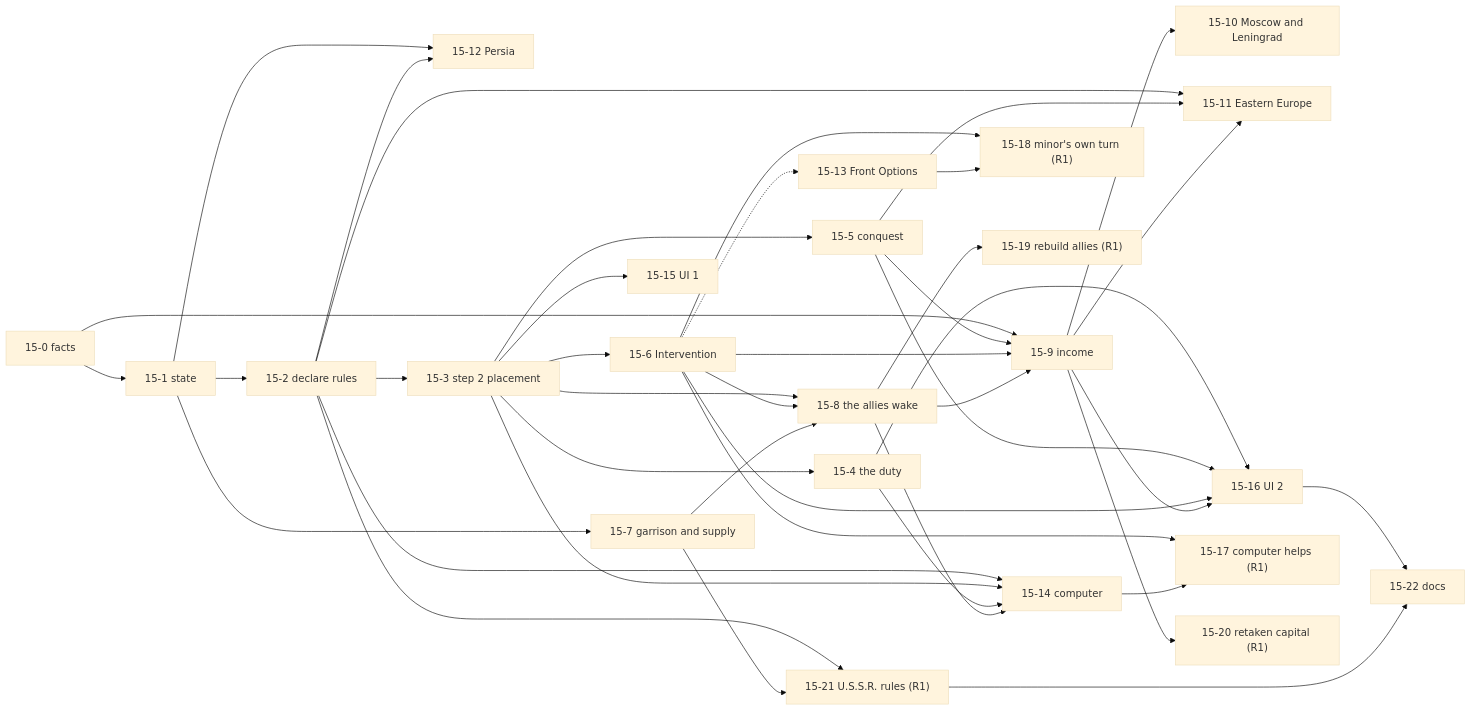
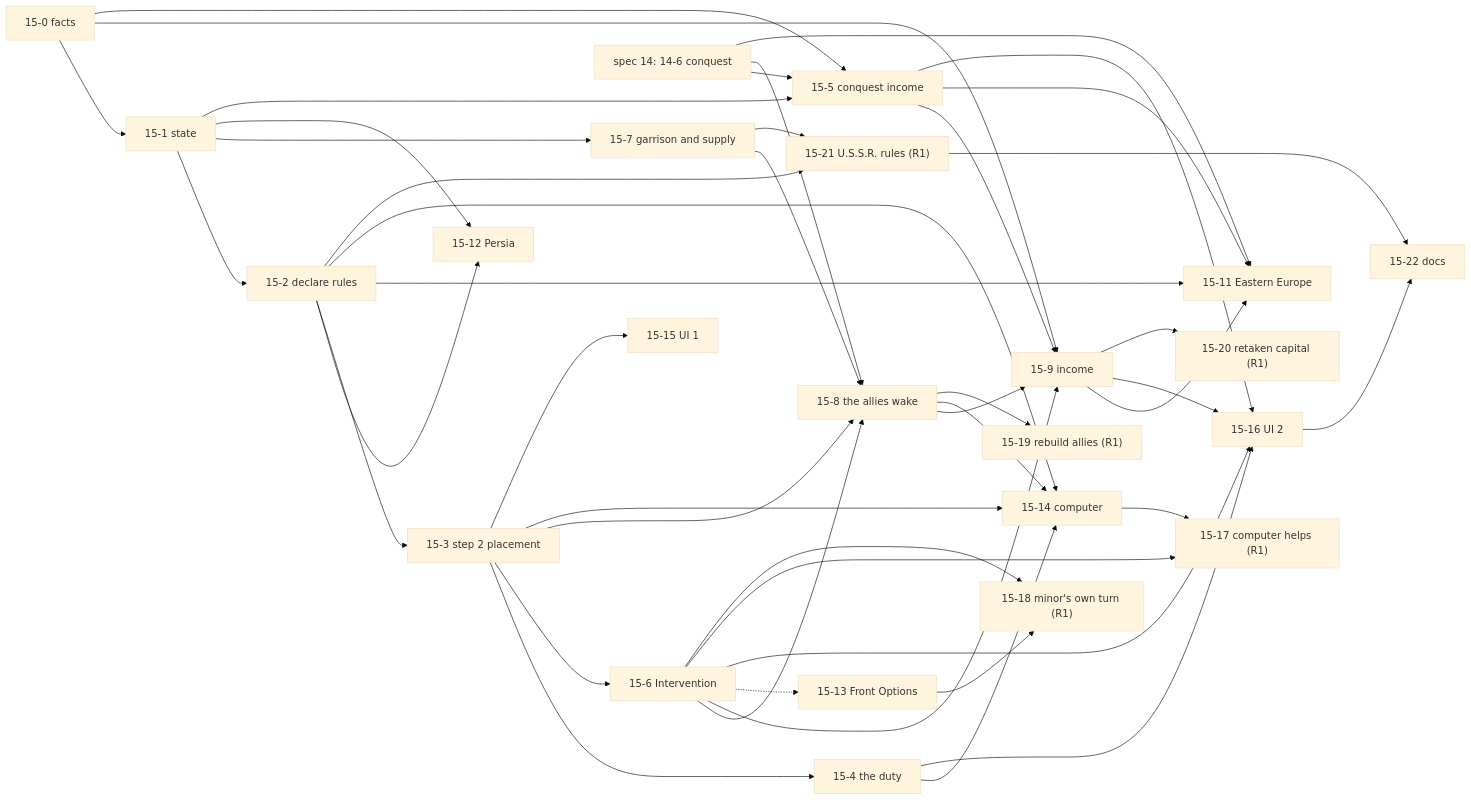
Before and after one commit to Fr3nchyz/3reich: the third of 3 diagrams in docs/specs/15-minor-countries.md, drawn with Mermaid (base theme). The commit also changed other lines of this file and 3 other files, not shown here.

First line of the commit message:
Spec 15: hand conquest, Vichy, Moscow and Leningrad to spec 14

````diff
--- a/docs/specs/15-minor-countries.md
+++ b/docs/specs/15-minor-countries.md
@@ -456,43 +455,46 @@
 ```mermaid
 flowchart LR
   T0["15-0 facts"] --> T1["15-1 state"]
   T0 --> T9
   T1 --> T2["15-2 declare rules"]
   T1 --> T7["15-7 garrison and supply"]
   T1 --> T12["15-12 Persia"]
   T2 --> T12
   T2 --> T3["15-3 step 2 placement"]
   T3 --> T4["15-4 the duty"]
-  T3 --> T5["15-5 conquest"]
   T3 --> T6["15-6 Intervention"]
   T3 --> T8["15-8 the allies wake"]
   T6 --> T8
   T7 --> T8
-  T5 --> T9["15-9 income"]
+  T5["15-5 conquest income"] --> T9["15-9 income"]
+  S14["spec 14: 14-6 conquest"] --> T5
+  S14 --> T8
+  S14 --> T11
+  T0 --> T5
+  T1 --> T5
   T6 --> T9
   T8 --> T9
-  T9 --> T10["15-10 Moscow and Leningrad"]
   T2 --> T11["15-11 Eastern Europe"]
   T5 --> T11
   T9 --> T11
   T6 -.-> T13["15-13 Front Options"]
   T2 --> T14["15-14 computer"]
   T3 --> T14
   T4 --> T14
   T8 --> T14
   T3 --> T15["15-15 UI 1"]
   T4 --> T16["15-16 UI 2"]
   T5 --> T16
   T6 --> T16
   T9 --> T16
   T6 --> T17["15-17 computer helps (R1)"]
   T14 --> T17
   T6 --> T18["15-18 minor's own turn (R1)"]
   T13 --> T18
   T8 --> T19["15-19 rebuild allies (R1)"]
   T9 --> T20["15-20 retaken capital (R1)"]
   T2 --> T21["15-21 U.S.S.R. rules (R1)"]
   T7 --> T21
   T16 --> T22["15-22 docs"]
   T21 --> T22
 ```
````
